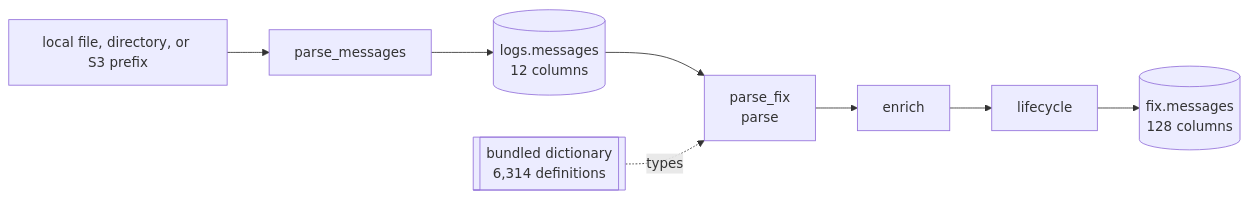
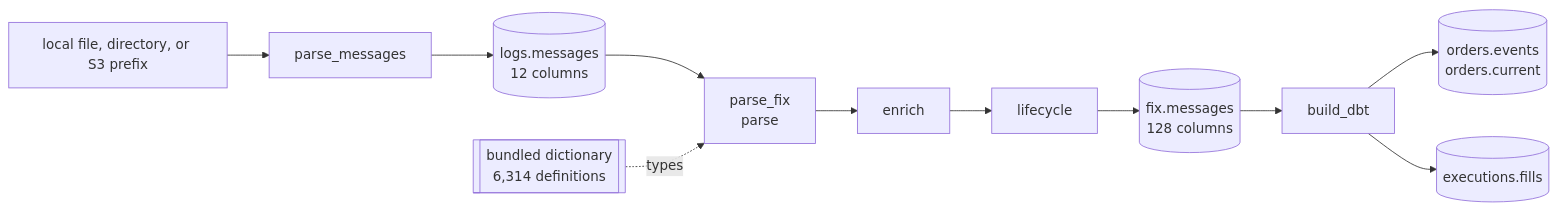
One commit to Platob/yggfin changed the diagram in docs/pipeline/index.md. Above: the diagram before and after it, drawn with Mermaid. The commit also changed other lines of this file and 41 other files, not shown here.

````diff
--- a/docs/pipeline/index.md
+++ b/docs/pipeline/index.md
@@ -5,10 +6,13 @@
 ```mermaid
 flowchart LR
     U["local file, directory, or S3 prefix"] --> T["parse_messages"]
     T --> M[("logs.messages<br/>12 columns")]
     M --> F["parse_fix<br/>parse"]
     R[["bundled dictionary<br/>6,314 definitions"]] -.types.-> F
     F --> E["enrich"]
     E --> L["lifecycle"]
     L --> X[("fix.messages<br/>128 columns")]
+    X --> B["build_dbt"]
+    B --> O[("orders.events<br/>orders.current")]
+    B --> C[("executions.fills")]
 ```
````
